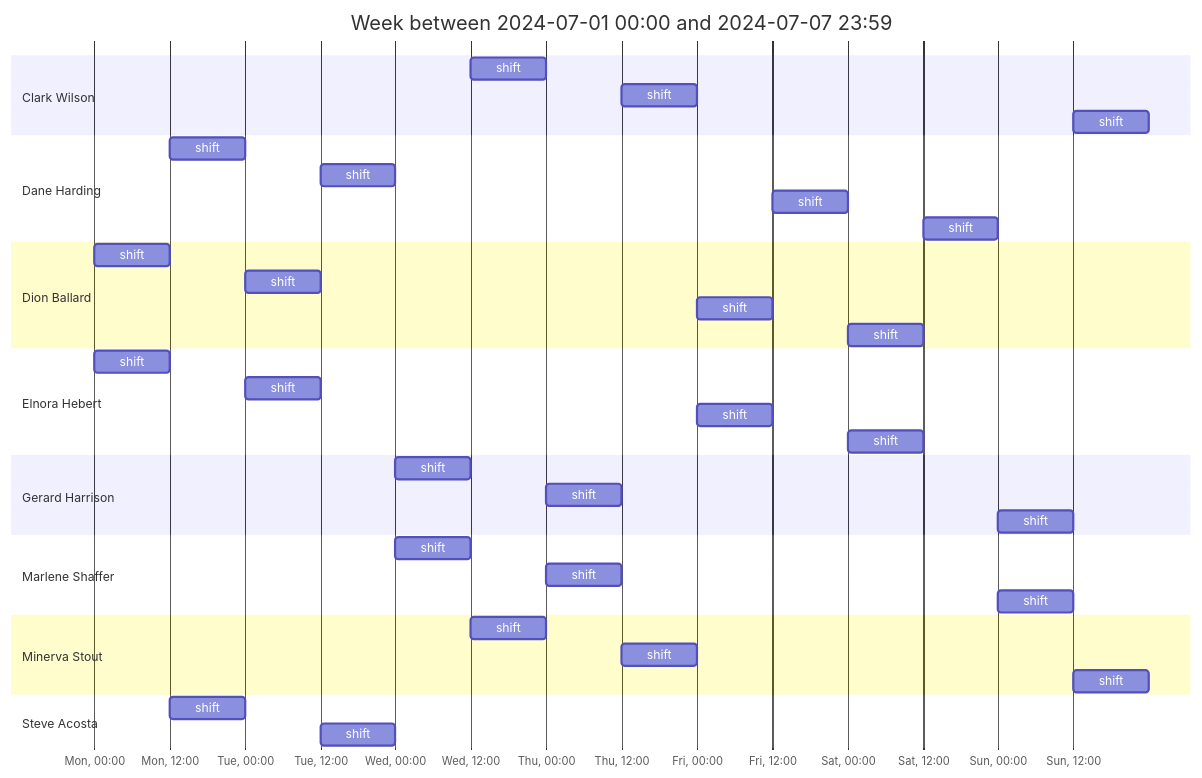
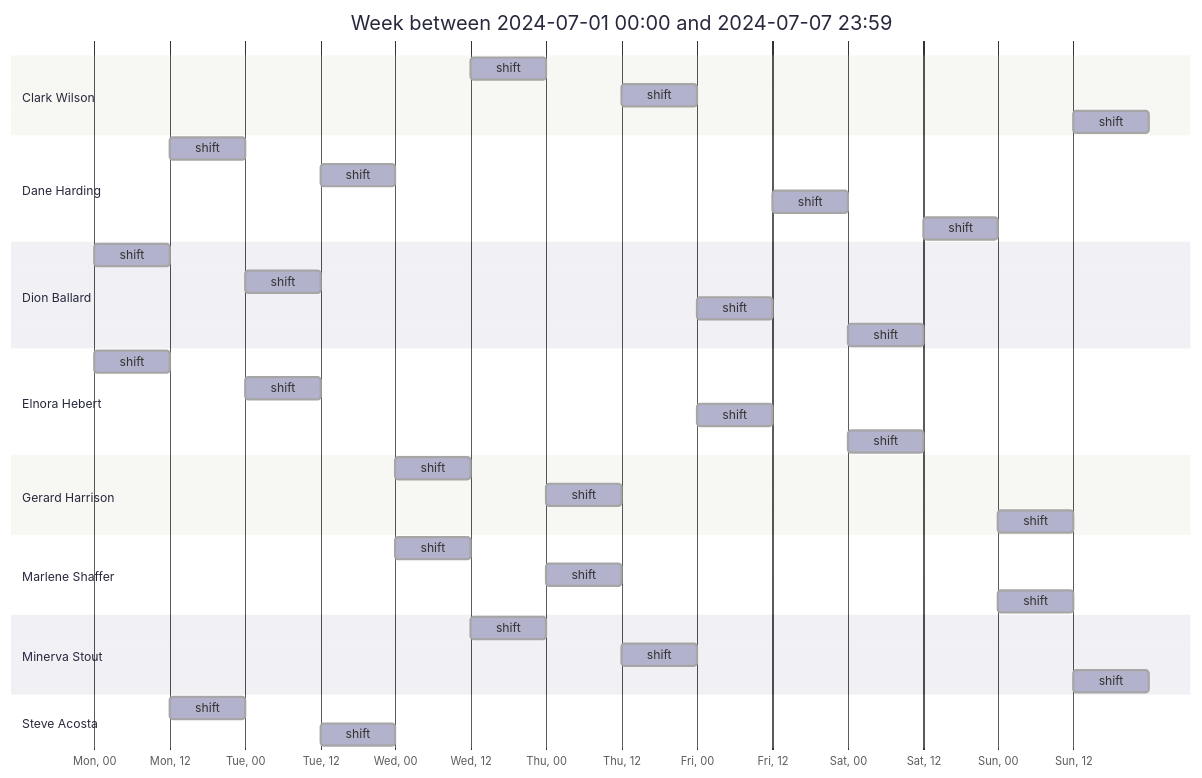
One commit to blackstork-io/fabric-templates changed the second of 2 diagrams in cybersec/secops/soc-weekly-activity-overview-elastic-security.md. Above: the diagram before and after it, drawn with Mermaid. The commit also changed other lines of this file and 2 other files, not shown here.

Commit message:
PDF example of the report (#10)

````diff
--- a/cybersec/secops/soc-weekly-activity-overview-elastic-security.md
+++ b/cybersec/secops/soc-weekly-activity-overview-elastic-security.md
@@ -143,44 +153,51 @@
 ```mermaid
-  gantt
-      title Week between 2024-07-01 00:00 and 2024-07-07 23:59
-      weekday Monday
-      tickInterval 1d
-      todayMarker off
-      dateFormat YYYY-MM-DDTHH:mm
-      axisFormat %a, %H:%M
+---
+config:
+  theme: base
+  themeVariables:
+    primaryColor: "#B2B2CC"
+    font-size: 8
+---
+gantt
+    title Week between 2024-07-01 00:00 and 2024-07-07 23:59
+    weekday Monday
+    tickInterval 1d
+    todayMarker off
+    dateFormat YYYY-MM-DDTHH:mm
+    axisFormat %a, %H
 
-      section Clark Wilson
-          shift          :, 2024-07-17T12:00,2024-07-17T23:59
-          shift          :, 2024-07-18T12:00,2024-07-18T23:59
-          shift          :, 2024-07-21T12:00,2024-07-21T23:59
-      section Dane Harding
-          shift          :, 2024-07-15T12:00,2024-07-15T23:59
-          shift          :, 2024-07-16T12:00,2024-07-16T23:59
-          shift          :, 2024-07-19T12:00,2024-07-19T23:59
-          shift          :, 2024-07-20T12:00,2024-07-20T23:59
-      section Dion Ballard
-          shift          :, 2024-07-15T00:00,2024-07-15T12:00
-          shift          :, 2024-07-16T00:00,2024-07-16T12:00
-          shift          :, 2024-07-19T00:00,2024-07-19T12:00
-          shift          :, 2024-07-20T00:00,2024-07-20T12:00
-      section Elnora Hebert
-          shift          :, 2024-07-15T00:00,2024-07-15T12:00
-          shift          :, 2024-07-16T00:00,2024-07-16T12:00
-          shift          :, 2024-07-19T00:00,2024-07-19T12:00
-          shift          :, 2024-07-20T00:00,2024-07-20T12:00
-      section Gerard Harrison
-          shift          :, 2024-07-17T00:00,2024-07-17T12:00
-          shift          :, 2024-07-18T00:00,2024-07-18T12:00
-          shift          :, 2024-07-21T00:00,2024-07-21T12:00
-      section Marlene Shaffer
-          shift          :, 2024-07-17T00:00,2024-07-17T12:00
-          shift          :, 2024-07-18T00:00,2024-07-18T12:00
-          shift          :, 2024-07-21T00:00,2024-07-21T12:00
-      section Minerva Stout
-          shift          :, 2024-07-17T12:00,2024-07-17T23:59
-          shift          :, 2024-07-18T12:00,2024-07-18T23:59
-          shift          :, 2024-07-21T12:00,2024-07-21T23:59
-      section Steve Acosta
-          shift          :, 2024-07-15T12:00,2024-07-15T23:59
-          shift          :, 2024-07-16T12:00,2024-07-16T23:59
+    section Clark Wilson
+        shift          :, 2024-07-17T12:00,2024-07-17T23:59
+        shift          :, 2024-07-18T12:00,2024-07-18T23:59
+        shift          :, 2024-07-21T12:00,2024-07-21T23:59
+    section Dane Harding
+        shift          :, 2024-07-15T12:00,2024-07-15T23:59
+        shift          :, 2024-07-16T12:00,2024-07-16T23:59
+        shift          :, 2024-07-19T12:00,2024-07-19T23:59
+        shift          :, 2024-07-20T12:00,2024-07-20T23:59
+    section Dion Ballard
+        shift          :, 2024-07-15T00:00,2024-07-15T12:00
+        shift          :, 2024-07-16T00:00,2024-07-16T12:00
+        shift          :, 2024-07-19T00:00,2024-07-19T12:00
+        shift          :, 2024-07-20T00:00,2024-07-20T12:00
+    section Elnora Hebert
+        shift          :, 2024-07-15T00:00,2024-07-15T12:00
+        shift          :, 2024-07-16T00:00,2024-07-16T12:00
+        shift          :, 2024-07-19T00:00,2024-07-19T12:00
+        shift          :, 2024-07-20T00:00,2024-07-20T12:00
+    section Gerard Harrison
+        shift          :, 2024-07-17T00:00,2024-07-17T12:00
+        shift          :, 2024-07-18T00:00,2024-07-18T12:00
+        shift          :, 2024-07-21T00:00,2024-07-21T12:00
+    section Marlene Shaffer
+        shift          :, 2024-07-17T00:00,2024-07-17T12:00
+        shift          :, 2024-07-18T00:00,2024-07-18T12:00
+        shift          :, 2024-07-21T00:00,2024-07-21T12:00
+    section Minerva Stout
+        shift          :, 2024-07-17T12:00,2024-07-17T23:59
+        shift          :, 2024-07-18T12:00,2024-07-18T23:59
+        shift          :, 2024-07-21T12:00,2024-07-21T23:59
+    section Steve Acosta
+        shift          :, 2024-07-15T12:00,2024-07-15T23:59
+        shift          :, 2024-07-16T12:00,2024-07-16T23:59
 ```
````
